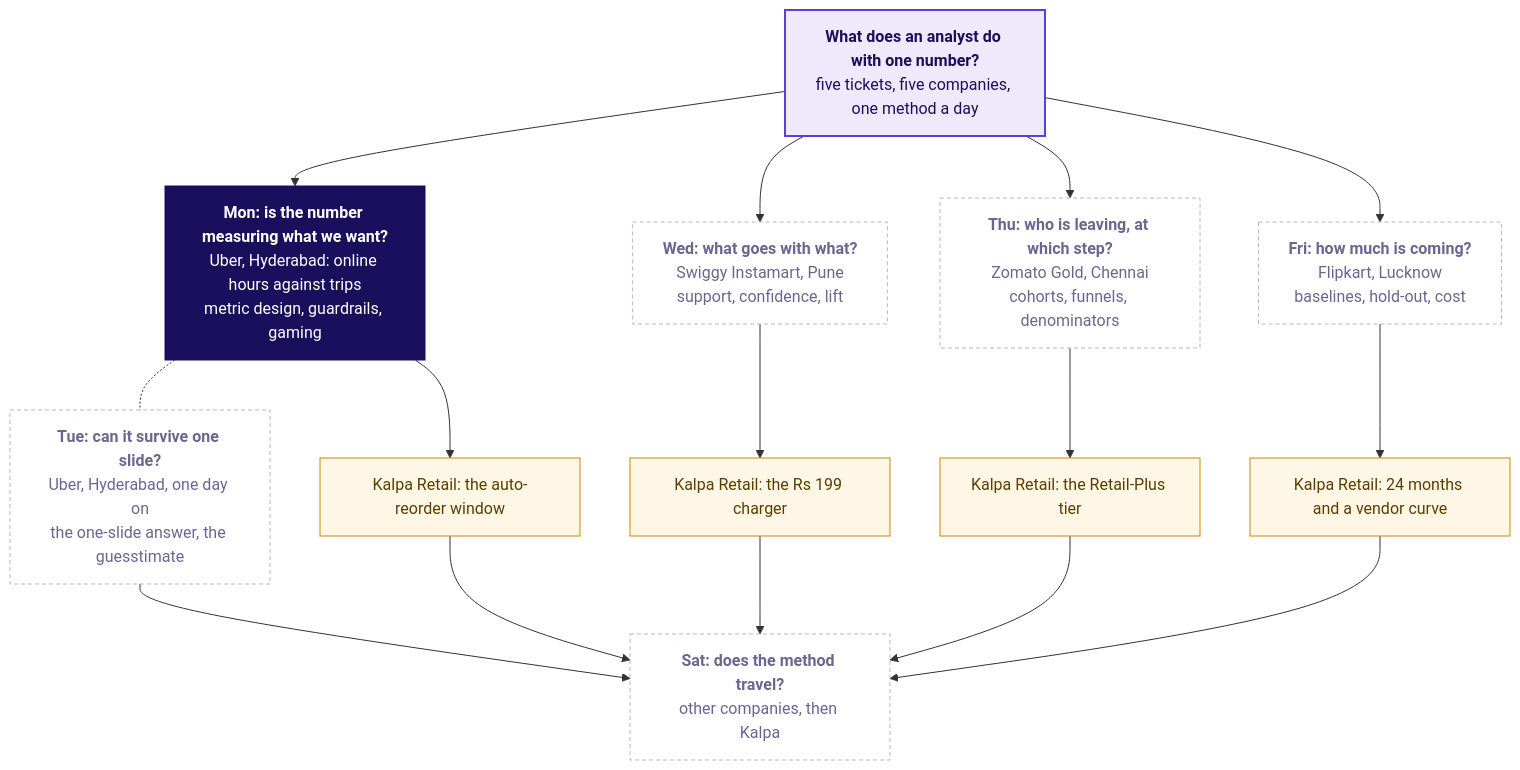
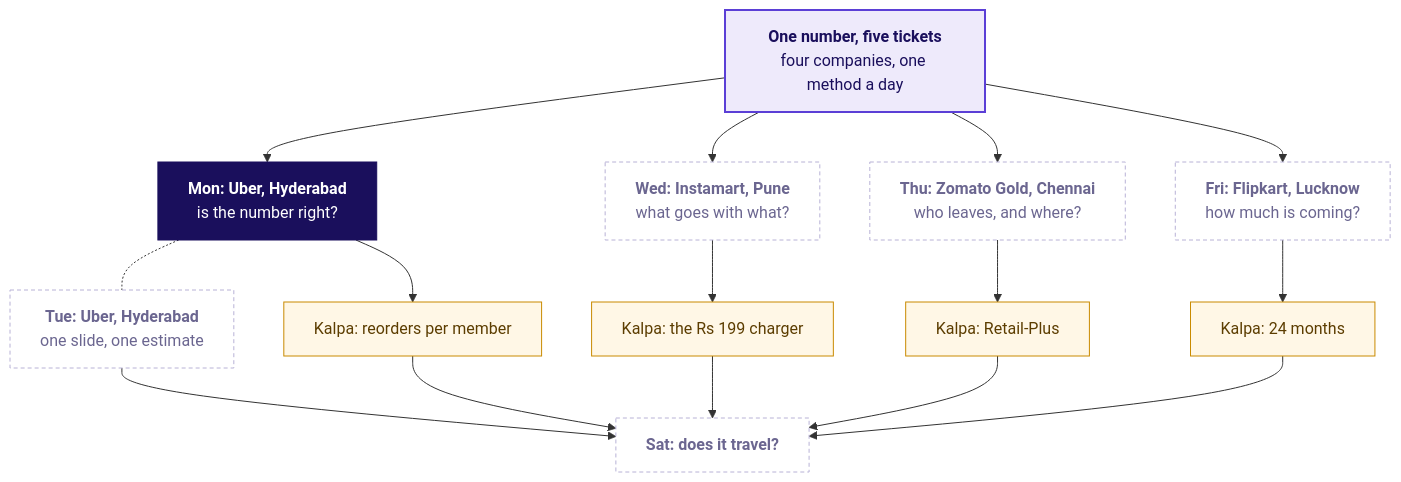
One commit to fde-academy-lab/c2-content-factory changed the first of 12 diagrams in content/W04/D1/whiteboards/C2_W04_D01_board_work_STUDENT.md. Above: the diagram before and after it, drawn with Mermaid. The commit also changed 3 other files, not shown here.

First line of the commit message:
Week 4 Monday: the week map names Kalpa's metric, counts four companies, and prints at a readable size

````diff
--- a/content/W04/D1/whiteboards/C2_W04_D01_board_work_STUDENT.md
+++ b/content/W04/D1/whiteboards/C2_W04_D01_board_work_STUDENT.md
@@ -22,36 +22,36 @@
 ```mermaid
 flowchart TD
-    C["<b>What does an analyst do with one number?</b><br/>five tickets, five companies, one method a day"]
-    M["<b>Mon: is the number measuring what we want?</b><br/>Uber, Hyderabad: online hours against trips<br/>metric design, guardrails, gaming"]
-    T["<b>Tue: can it survive one slide?</b><br/>Uber, Hyderabad, one day on<br/>the one-slide answer, the guesstimate"]
-    W["<b>Wed: what goes with what?</b><br/>Swiggy Instamart, Pune<br/>support, confidence, lift"]
-    H["<b>Thu: who is leaving, at which step?</b><br/>Zomato Gold, Chennai<br/>cohorts, funnels, denominators"]
-    F["<b>Fri: how much is coming?</b><br/>Flipkart, Lucknow<br/>baselines, hold-out, cost"]
-    S["<b>Sat: does the method travel?</b><br/>other companies, then Kalpa"]
-    K1["Kalpa Retail: the auto-reorder window"]
-    K3["Kalpa Retail: the Rs 199 charger"]
-    K4["Kalpa Retail: the Retail-Plus tier"]
-    K5["Kalpa Retail: 24 months and a vendor curve"]
+    C["<b>One number, five tickets</b><br/>four companies, one method a day"]
+    M["<b>Mon: Uber, Hyderabad</b><br/>is the number right?"]
+    T["<b>Tue: Uber, Hyderabad</b><br/>one slide, one estimate"]
+    W["<b>Wed: Instamart, Pune</b><br/>what goes with what?"]
+    H["<b>Thu: Zomato Gold, Chennai</b><br/>who leaves, and where?"]
+    F["<b>Fri: Flipkart, Lucknow</b><br/>how much is coming?"]
+    S["<b>Sat: does it travel?</b>"]
+    K1["Kalpa: reorders per member"]
+    K3["Kalpa: the Rs 199 charger"]
+    K4["Kalpa: Retail-Plus"]
+    K5["Kalpa: 24 months"]
     C --> M
     C --> W
     C --> H
     C --> F
     M -.- T
     M --> K1
     W --> K3
     H --> K4
     F --> K5
     T --> S
     K1 --> S
     K3 --> S
     K4 --> S
     K5 --> S
     classDef lit fill:#1A0F5C,stroke:#1A0F5C,color:#FFFFFF
     classDef known fill:#EEEAFB,stroke:#5B3FD6,color:#1A0F5C,stroke-width:2px
     classDef unknown fill:#FFFFFF,stroke:#B8B2D6,color:#6B6690,stroke-dasharray:4 3
     classDef kalpa fill:#FFF7E6,stroke:#C98A00,color:#5C3D00
     class C known
     class M lit
     class T,W,H,F,S unknown
     class K1,K3,K4,K5 kalpa
 ```
````
